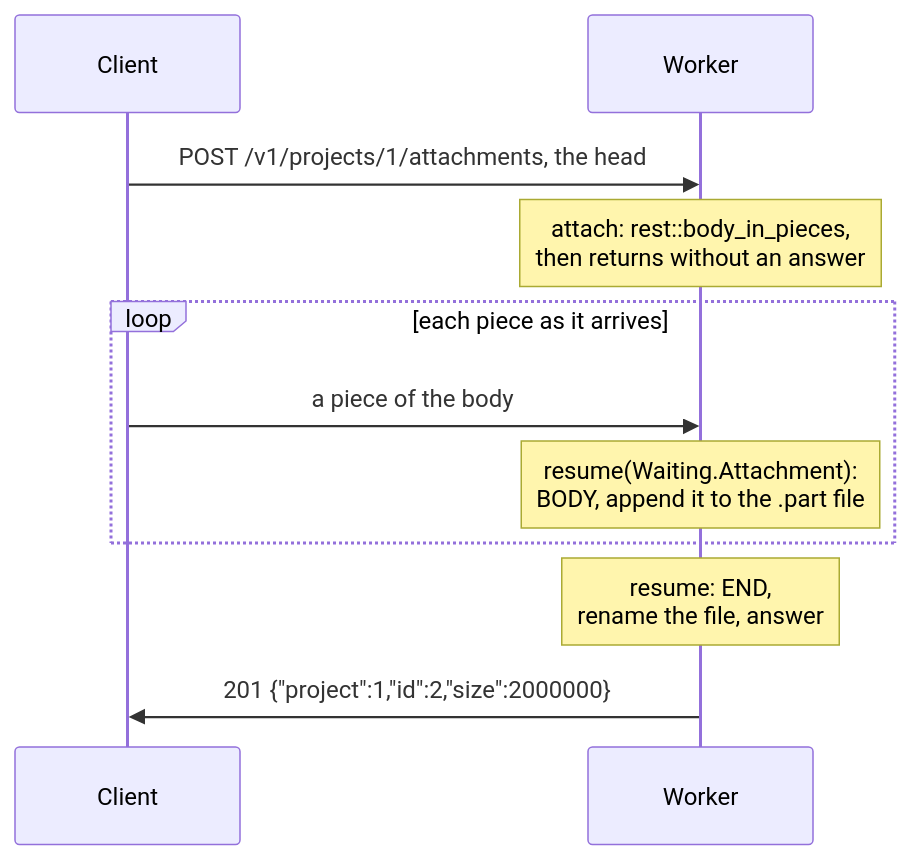
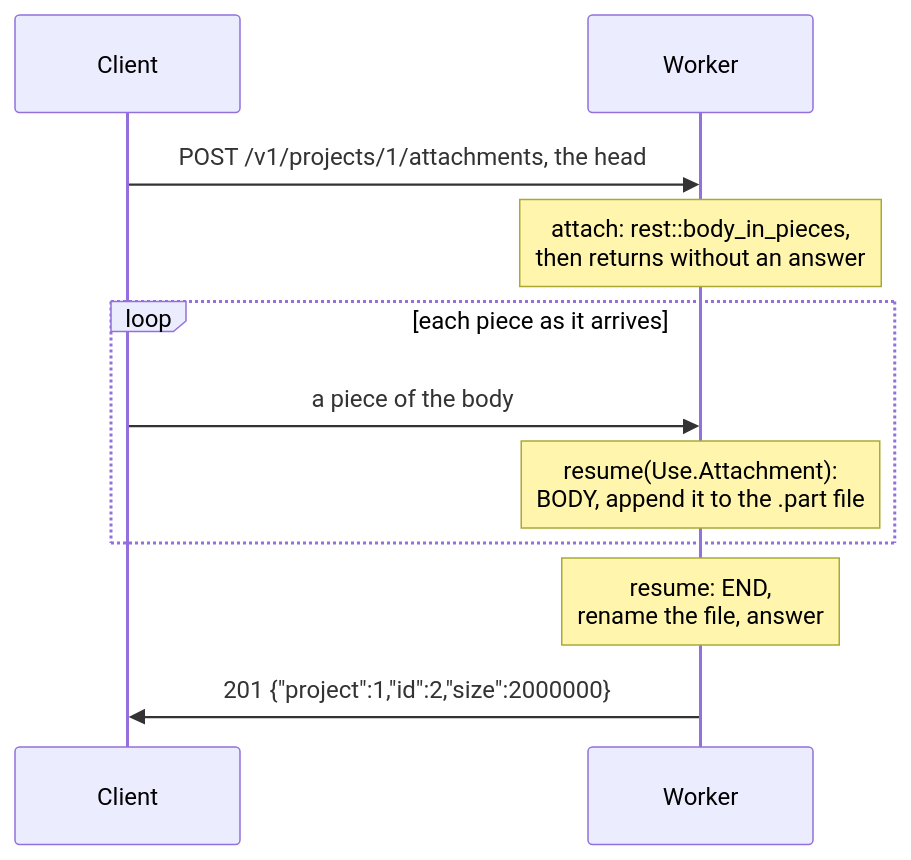
Before and after one commit to kaitk/goose-rest: the diagram in docs/tutorial/14-bodies-in-pieces.md, drawn with Mermaid. The commit also changed other lines of this file and 86 other files, not shown here.

````diff
--- a/docs/tutorial/14-bodies-in-pieces.md
+++ b/docs/tutorial/14-bodies-in-pieces.md
@@ -67,13 +68,13 @@
 ```mermaid
 sequenceDiagram
     participant C as Client
     participant W as Worker
     C->>W: POST /v1/projects/1/attachments, the head
     Note over W: attach: rest::body_in_pieces,<br/>then returns without an answer
     loop each piece as it arrives
         C->>W: a piece of the body
-        Note over W: resume(Waiting.Attachment):<br/>BODY, append it to the .part file
+        Note over W: resume(Use.Attachment):<br/>BODY, append it to the .part file
     end
     Note over W: resume: END,<br/>rename the file, answer
     W->>C: 201 {"project":1,"id":2,"size":2000000}
 ```
````
